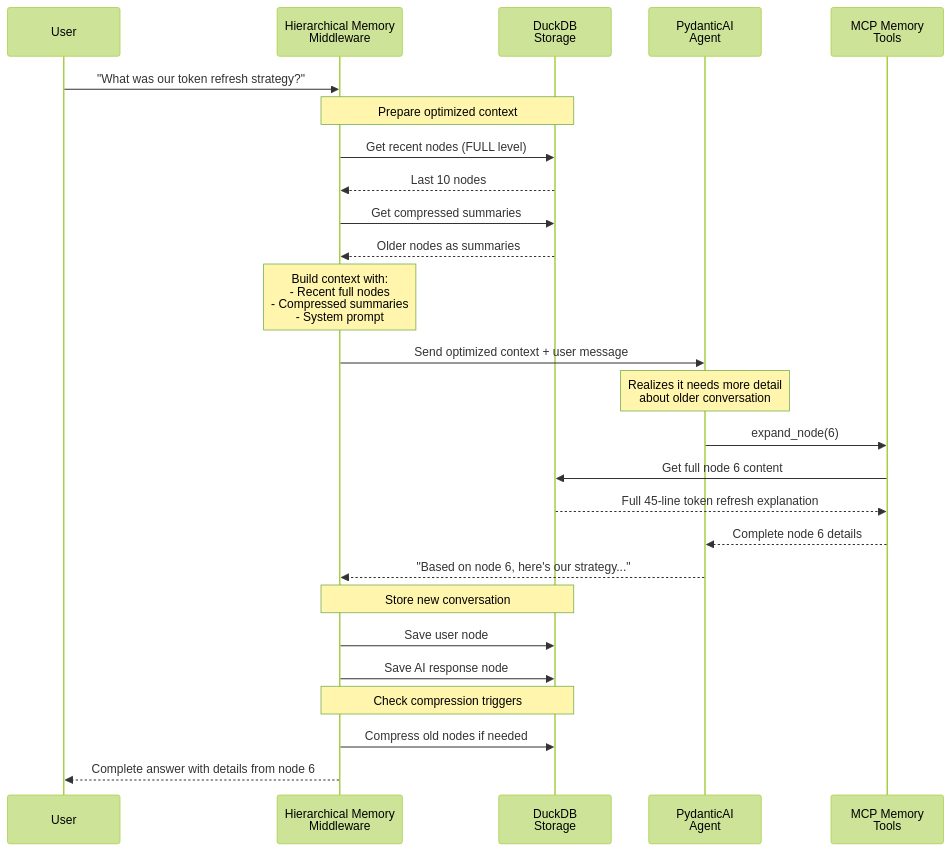
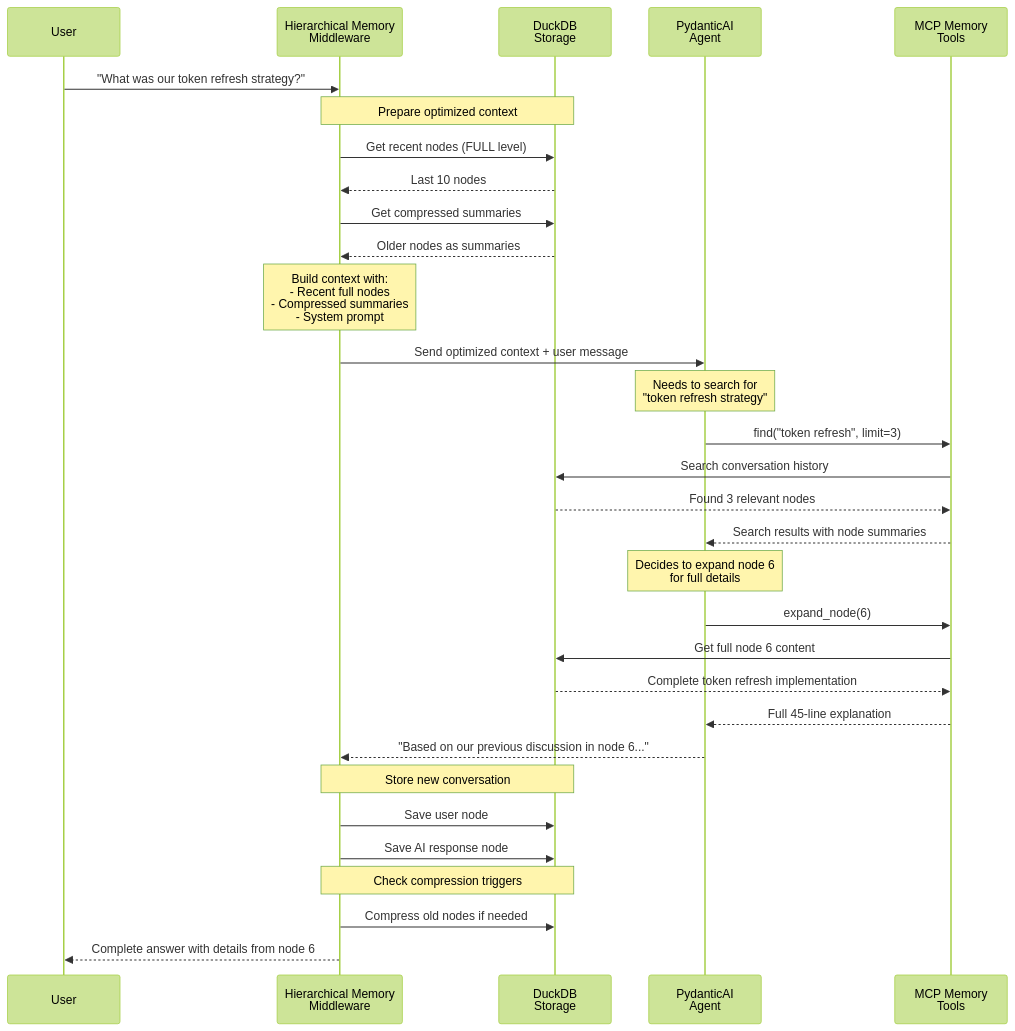
The second of 4 diagrams in README.md (danielpodrazka/hierarchical-memory-middleware), drawn with Mermaid (forest theme) before and after one commit. The commit also changed other lines of this file, not shown here.

````diff
--- a/README.md
+++ b/README.md
@@ -96,38 +96,45 @@
 ```mermaid
 sequenceDiagram
     participant User
     participant Middleware as Hierarchical Memory<br/>Middleware
     participant Storage as DuckDB<br/>Storage
     participant LLM as PydanticAI<br/>Agent
     participant MCP as MCP Memory<br/>Tools
 
     User->>Middleware: "What was our token refresh strategy?"
 
     Note over Middleware,Storage: Prepare optimized context
     Middleware->>Storage: Get recent nodes (FULL level)
     Storage-->>Middleware: Last 10 nodes
     Middleware->>Storage: Get compressed summaries
     Storage-->>Middleware: Older nodes as summaries
 
     Note over Middleware: Build context with:<br/>- Recent full nodes<br/>- Compressed summaries<br/>- System prompt
 
     Middleware->>LLM: Send optimized context + user message
 
-    Note over LLM: Realizes it needs more detail<br/>about older conversation
+    Note over LLM: Needs to search for<br/>"token refresh strategy"
+
+    LLM->>MCP: find("token refresh", limit=3)
+    MCP->>Storage: Search conversation history
+    Storage-->>MCP: Found 3 relevant nodes
+    MCP-->>LLM: Search results with node summaries
+
+    Note over LLM: Decides to expand node 6<br/>for full details
 
     LLM->>MCP: expand_node(6)
     MCP->>Storage: Get full node 6 content
-    Storage-->>MCP: Full 45-line token refresh explanation
-    MCP-->>LLM: Complete node 6 details
+    Storage-->>MCP: Complete token refresh implementation
+    MCP-->>LLM: Full 45-line explanation
 
-    LLM-->>Middleware: "Based on node 6, here's our strategy..."
+    LLM-->>Middleware: "Based on our previous discussion in node 6..."
 
     Note over Middleware,Storage: Store new conversation
     Middleware->>Storage: Save user node
     Middleware->>Storage: Save AI response node
 
     Note over Middleware,Storage: Check compression triggers
     Middleware->>Storage: Compress old nodes if needed
 
     Middleware-->>User: Complete answer with details from node 6
 ```
````
